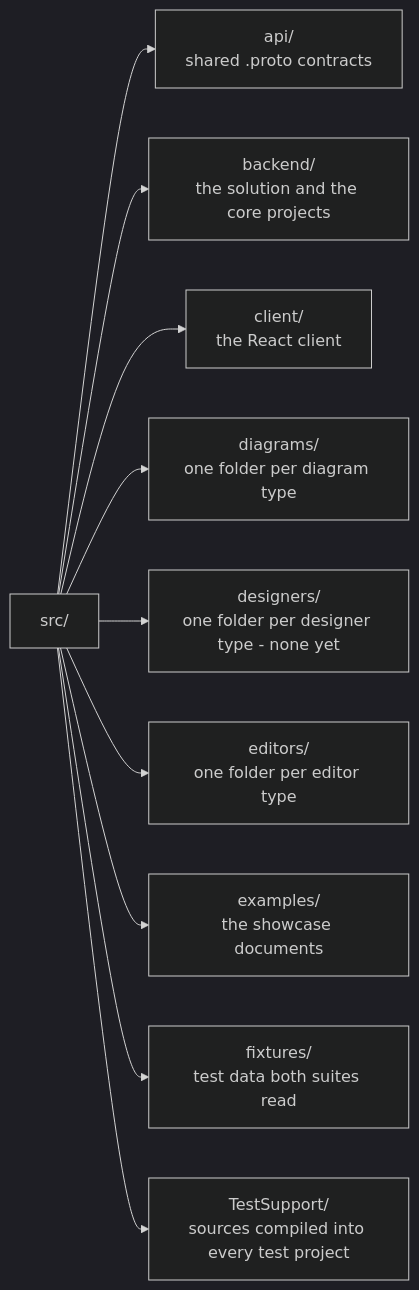
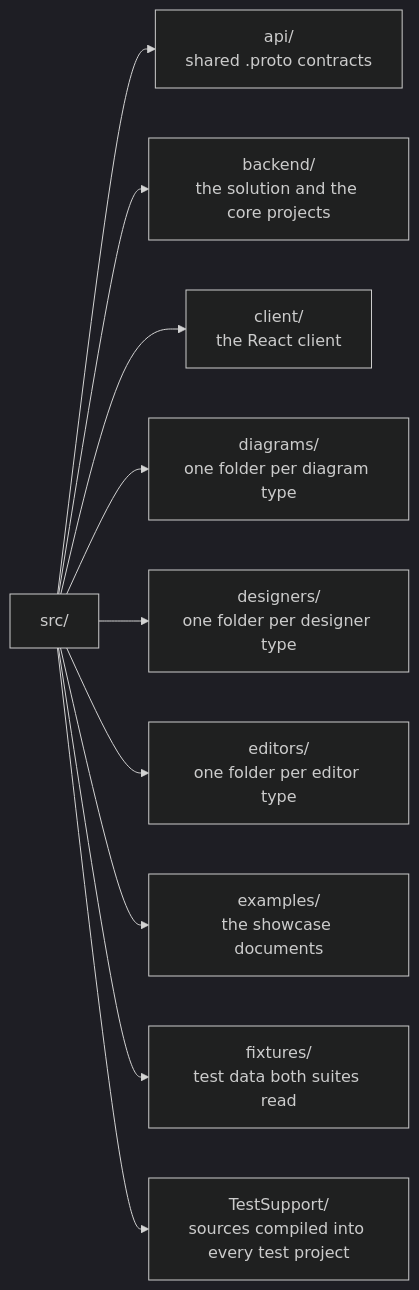
The diagram in docs/solution-structure.md (etalii-adp/etalii.adp.ide.standalone), drawn with Mermaid (dark theme) before and after one commit. The commit also changed other lines of this file and 32 other files, not shown here.

````diff
--- a/docs/solution-structure.md
+++ b/docs/solution-structure.md
@@ -7,13 +7,13 @@
 ```mermaid
 flowchart LR
     src["src/"]
     src --> api["api/<br/>shared .proto contracts"]
     src --> backend["backend/<br/>the solution and the core projects"]
     src --> client["client/<br/>the React client"]
     src --> diagrams["diagrams/<br/>one folder per diagram type"]
-    src --> designers["designers/<br/>one folder per designer type - none yet"]
+    src --> designers["designers/<br/>one folder per designer type"]
     src --> editors["editors/<br/>one folder per editor type"]
     src --> examples["examples/<br/>the showcase documents"]
     src --> fixtures["fixtures/<br/>test data both suites read"]
     src --> testsupport["TestSupport/<br/>sources compiled into every test project"]
 ```
````
